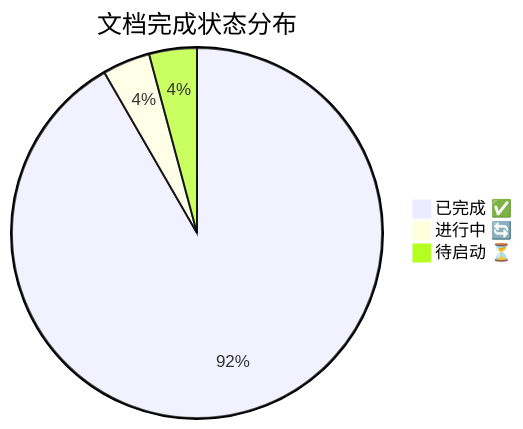
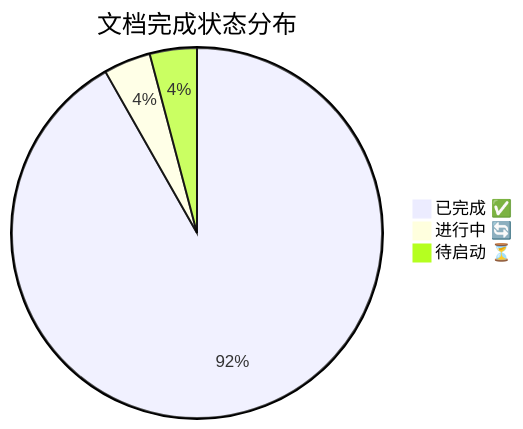
Before and after one commit to yimeng2026/TOE-SYLVA: the first of 3 diagrams in framework/DASHBOARD.md, drawn with Mermaid. The commit also changed other lines of this file and 4 other files, not shown here.

````diff
--- a/framework/DASHBOARD.md
+++ b/framework/DASHBOARD.md
@@ -32,6 +32,6 @@
 ```mermaid
 pie title 文档完成状态分布
-    "已完成 ✅" : 66
+    "已完成 ✅" : 67
     "进行中 🔄" : 3
     "待启动 ⏳" : 3
 ```
````
